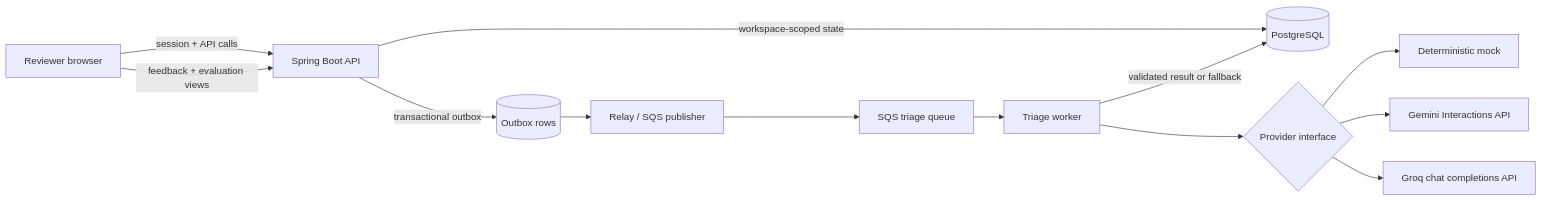
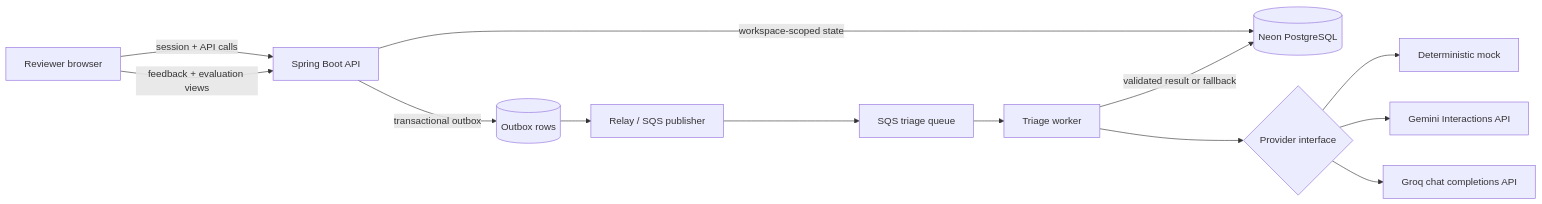
One commit to HarishDarko/caselens changed the diagram in docs/architecture.md. Above: the diagram before and after it, drawn with Mermaid. The commit also changed other lines of this file and 21 other files, not shown here.

````diff
--- a/docs/architecture.md
+++ b/docs/architecture.md
@@ -5,15 +5,15 @@
 ```mermaid
 flowchart LR
   reviewer[Reviewer browser] -->|session + API calls| api[Spring Boot API]
-  api -->|workspace-scoped state| db[(PostgreSQL)]
+  api -->|workspace-scoped state| db[(Neon PostgreSQL)]
   api -->|transactional outbox| outbox[(Outbox rows)]
   outbox --> relay[Relay / SQS publisher]
   relay --> queue[SQS triage queue]
   queue --> worker[Triage worker]
   worker --> provider{Provider interface}
   provider --> mock[Deterministic mock]
   provider --> gemini[Gemini Interactions API]
   provider --> groq[Groq chat completions API]
   worker -->|validated result or fallback| db
   reviewer -->|feedback + evaluation views| api
 ```
````
